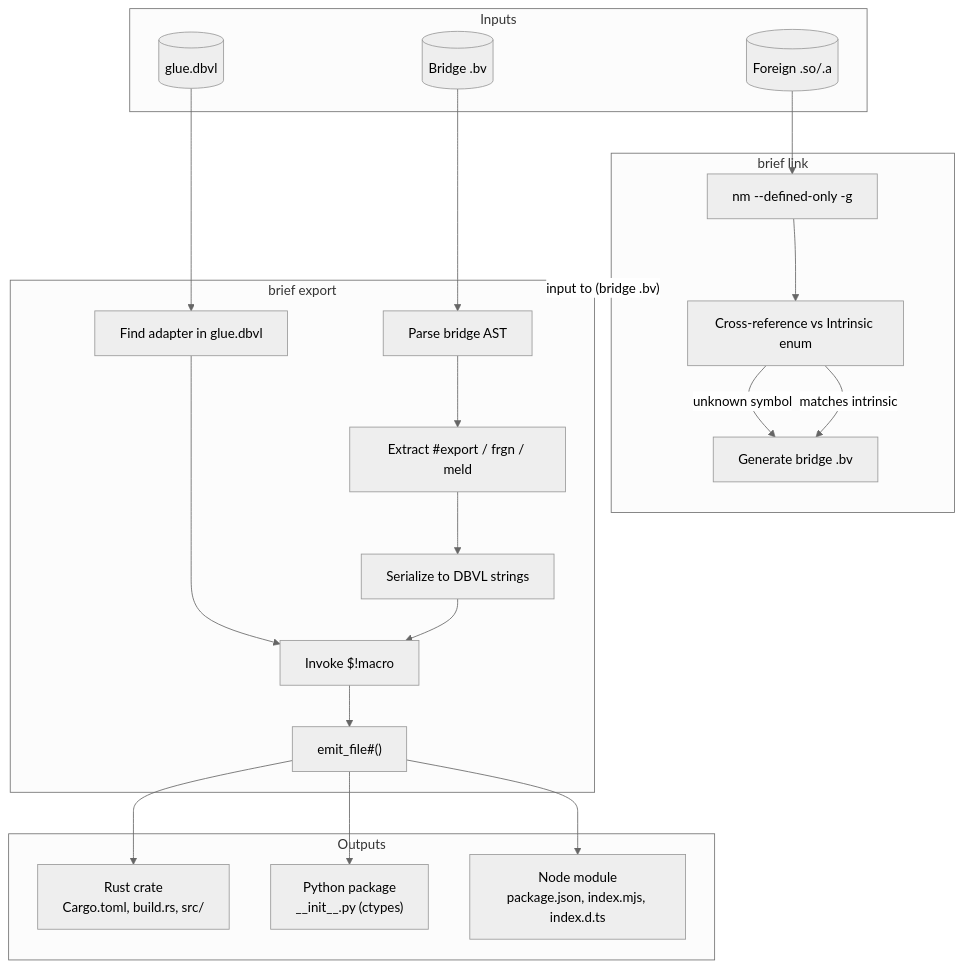
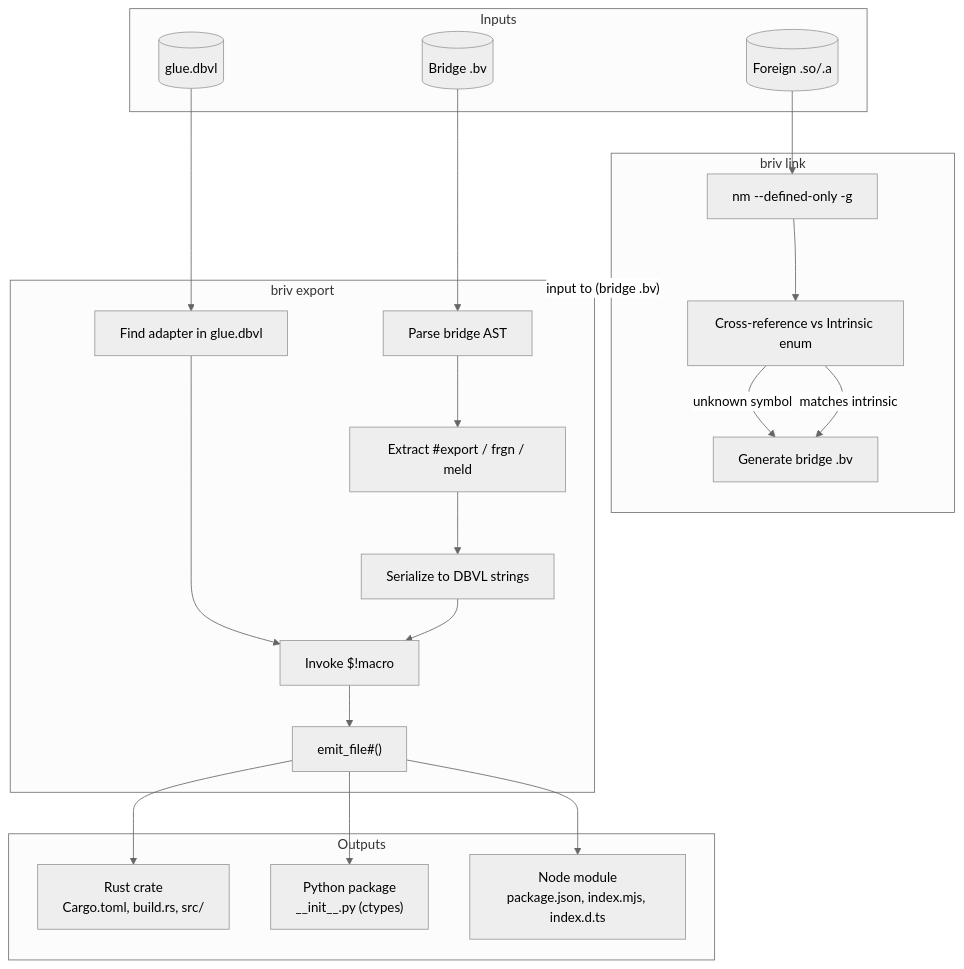
One commit to Randozart/brief-lang changed the diagram in docs/architecture/glue-pipeline.md. Above: the diagram before and after it, drawn with Mermaid (neutral theme). The commit also changed other lines of this file and 1215 other files, not shown here.

````diff
--- a/docs/architecture/glue-pipeline.md
+++ b/docs/architecture/glue-pipeline.md
@@ -3,47 +3,47 @@
 ```mermaid
 graph TD
     subgraph INPUTS["Inputs"]
         BV[("Bridge .bv")]
         SO[("Foreign .so/.a")]
         DBVL[("glue.dbvl")]
     end
 
-    subgraph LINK["brief link"]
+    subgraph LINK["briv link"]
         NM["nm --defined-only -g"]
         XREF["Cross-reference vs Intrinsic enum"]
         GEN_BV["Generate bridge .bv"]
     end
 
-    subgraph EXPORT["brief export"]
+    subgraph EXPORT["briv export"]
         PARSE["Parse bridge AST"]
         EXTRACT["Extract #export / frgn / meld"]
         DBVL_SER["Serialize to DBVL strings"]
         LOOKUP["Find adapter in glue.dbvl"]
         MACRO["Invoke $!macro"]
         EMIT["emit_file#()"]
     end
 
     subgraph OUTPUTS["Outputs"]
         RUST["Rust crate<br/>Cargo.toml, build.rs, src/"]
         PYTHON["Python package<br/>__init__.py (ctypes)"]
         NODE["Node module<br/>package.json, index.mjs, index.d.ts"]
     end
 
     BV --> PARSE
     PARSE --> EXTRACT
     EXTRACT --> DBVL_SER
     DBVL_SER --> MACRO
     DBVL --> LOOKUP
     LOOKUP --> MACRO
     MACRO --> EMIT
     EMIT --> RUST
     EMIT --> PYTHON
     EMIT --> NODE
 
     SO --> NM
     NM --> XREF
     XREF -- "matches intrinsic" --> GEN_BV
     XREF -- "unknown symbol" --> GEN_BV
 
     LINK -. "input to (bridge .bv)" .-> EXPORT
 ```
````
